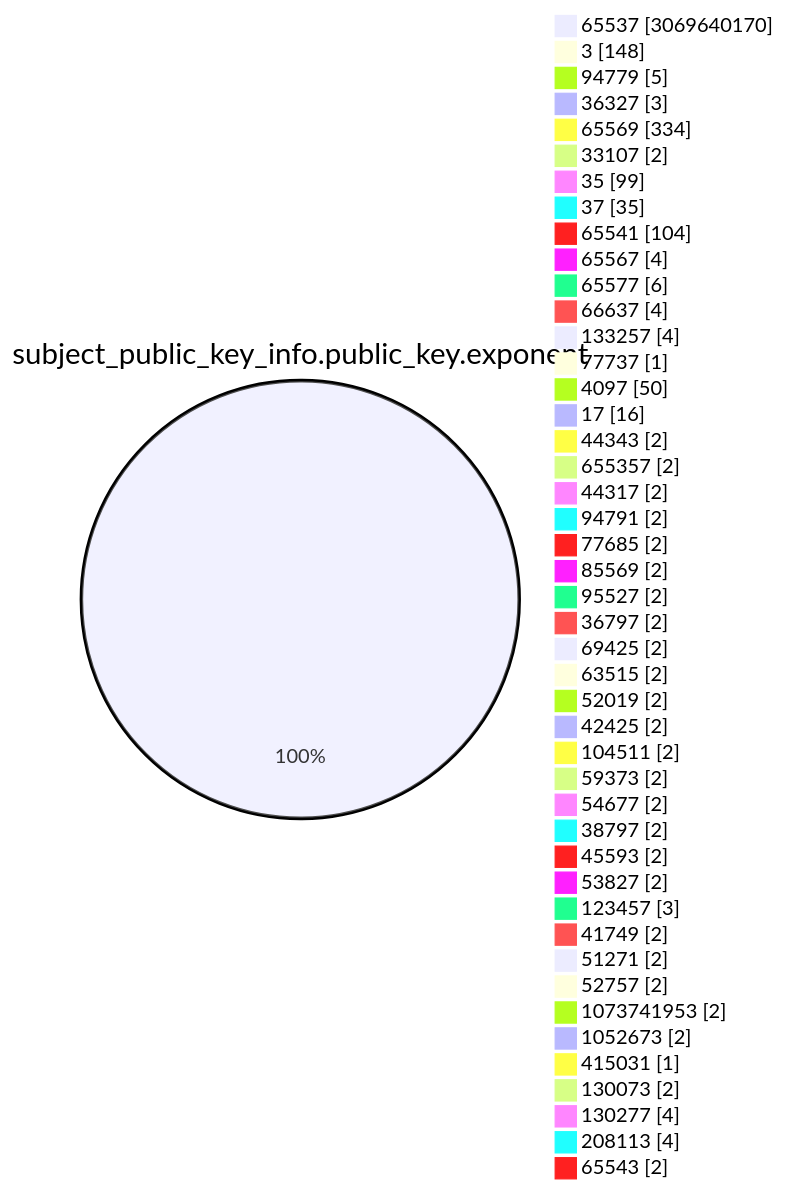
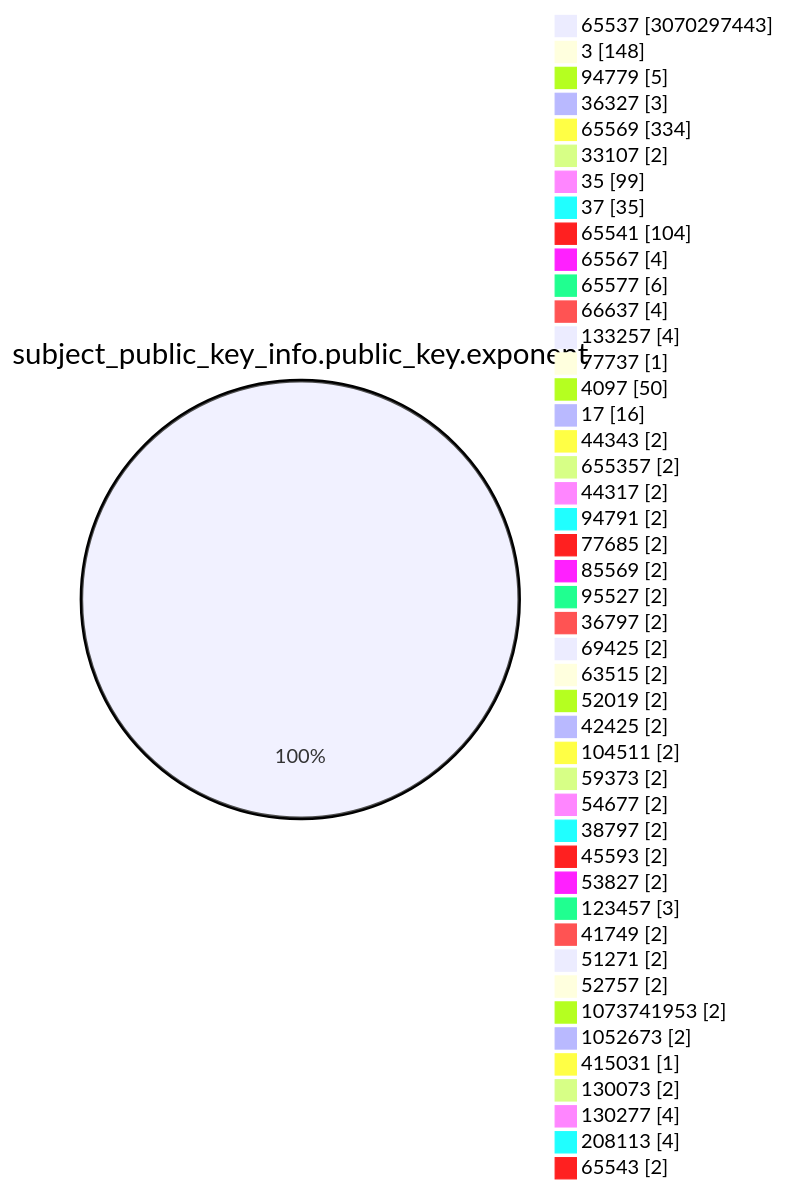
The fourth of 15 diagrams in TOTAL/README.md (christiankrug/ctmonitor_visualization), drawn with Mermaid before and after one commit. The commit also changed other lines of this file, not shown here.

````diff
--- a/TOTAL/README.md
+++ b/TOTAL/README.md
@@ -1473,49 +1473,49 @@
 ```mermaid
 pie showData
 title subject_public_key_info.public_key.exponent
-"65537" :3069640170
+"65537" :3070297443
 "3" :148
 "94779" :5
 "36327" :3
 "65569" :334
 "33107" :2
 "35" :99
 "37" :35
 "65541" :104
 "65567" :4
 "65577" :6
 "66637" :4
 "133257" :4
 "77737" :1
 "4097" :50
 "17" :16
 "44343" :2
 "655357" :2
 "44317" :2
 "94791" :2
 "77685" :2
 "85569" :2
 "95527" :2
 "36797" :2
 "69425" :2
 "63515" :2
 "52019" :2
 "42425" :2
 "104511" :2
 "59373" :2
 "54677" :2
 "38797" :2
 "45593" :2
 "53827" :2
 "123457" :3
 "41749" :2
 "51271" :2
 "52757" :2
 "1073741953" :2
 "1052673" :2
 "415031" :1
 "130073" :2
 "130277" :4
 "208113" :4
 "65543" :2
 ```
````
